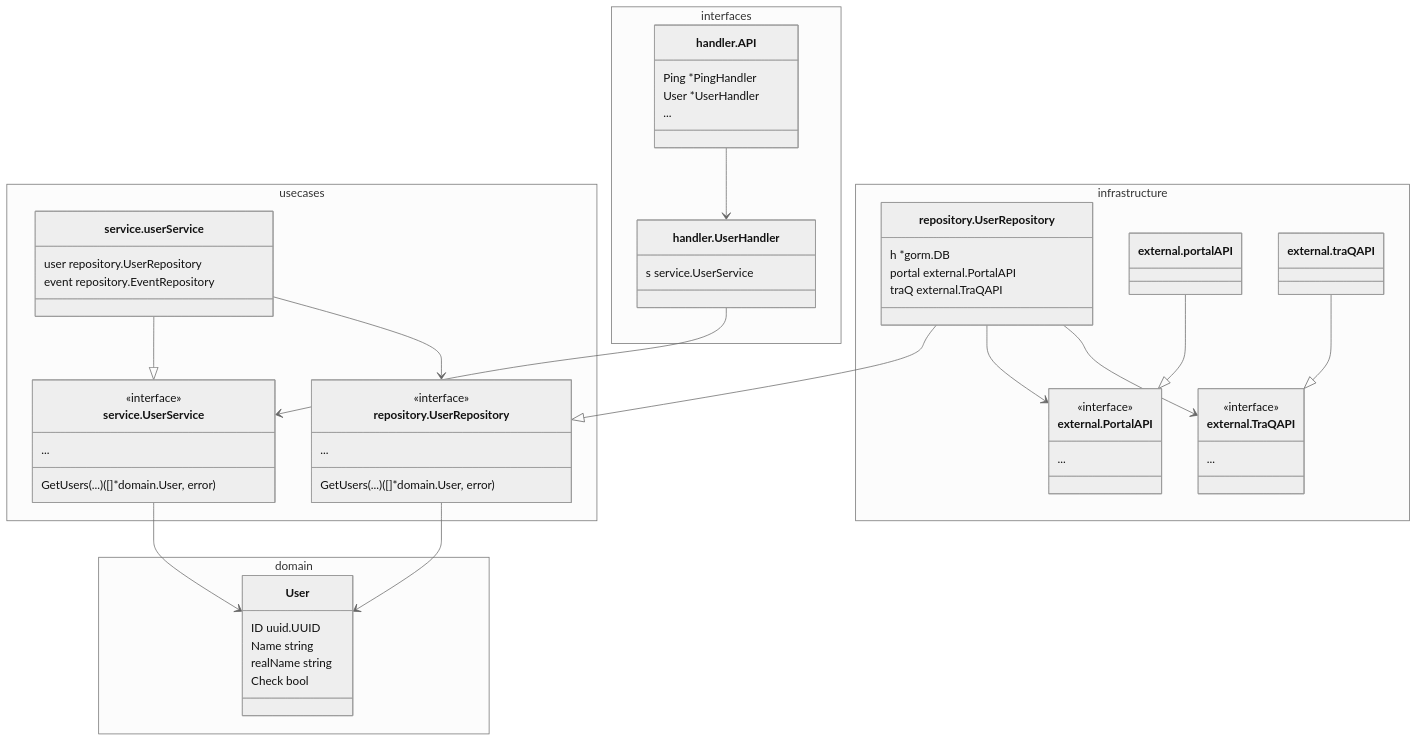
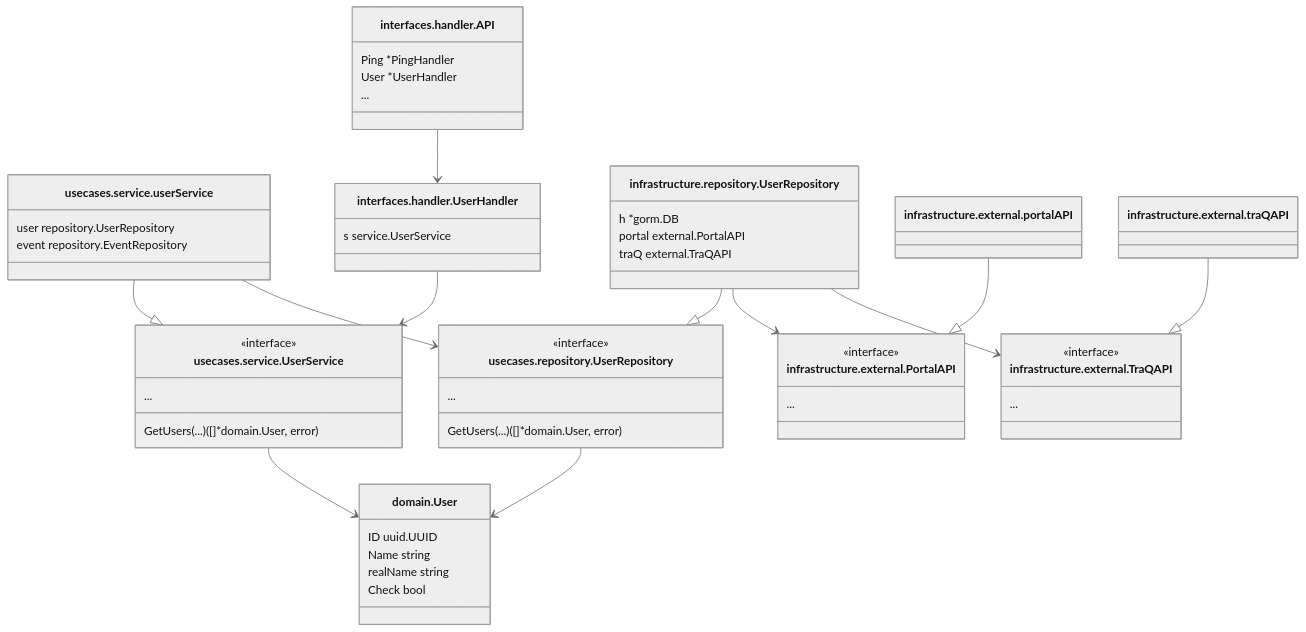
One commit to traPtitech/traPortfolio changed the diagram in docs/architecture.md. Above: the diagram before and after it, drawn with Mermaid (neutral theme).

Commit message:
:fire: Unuse `namespace` in mermaid

````diff
--- a/docs/architecture.md
+++ b/docs/architecture.md
@@ -50,71 +50,66 @@
 ```mermaid
 classDiagram
-    namespace domain {
-        class User {
-            ID       uuid.UUID
-            Name     string
-            realName string
-            Check    bool
-        }
+    class User["domain.User"] {
+        ID       uuid.UUID
+        Name     string
+        realName string
+        Check    bool
     }
 
-    namespace usecases {
-        class IUS["service.UserService"] {
-            <<interface>>
-            GetUsers(...) ([]*domain.User, error)
-            ...
-        }
-        class US["service.userService"] {
-            user repository.UserRepository
-            event repository.EventRepository
-        }
+    class IUS["usecases.service.UserService"] {
+        <<interface>>
+        GetUsers(...) ([]*domain.User, error)
+        ...
+    }
+    class US["usecases.service.userService"] {
+        user repository.UserRepository
+        event repository.EventRepository
+    }
 
-        class IUR["repository.UserRepository"] {
-            <<interface>>
-            GetUsers(...) ([]*domain.User, error)
-            ...
-        }
+    class IUR["usecases.repository.UserRepository"] {
+        <<interface>>
+        GetUsers(...) ([]*domain.User, error)
+        ...
     }
+
     IUS --> User
     IUR --> User
     US --|> IUS
     US --> IUR
 
-    namespace interfaces {
-        class API["handler.API"] {
-            Ping *PingHandler
-            User *UserHandler
-            ...
-        }
-        class UH["handler.UserHandler"] {
-            s service.UserService
-        }
+    class API["interfaces.handler.API"] {
+        Ping *PingHandler
+        User *UserHandler
+        ...
     }
+    class UH["interfaces.handler.UserHandler"] {
+        s service.UserService
+    }
+
     API --> UH
     UH --> IUS
 
-    namespace infrastructure {
-        class UR["repository.UserRepository"] {
-            h      *gorm.DB
-            portal external.PortalAPI
-            traQ   external.TraQAPI
-        }
+    class UR["infrastructure.repository.UserRepository"] {
+        h      *gorm.DB
+        portal external.PortalAPI
+        traQ   external.TraQAPI
+    }
 
-        class IPortalAPI["external.PortalAPI"] {
-            <<interface>>
-            ...
-        }
-        class PortalAPI["external.portalAPI"]
+    class IPortalAPI["infrastructure.external.PortalAPI"] {
+        <<interface>>
+        ...
+    }
+    class PortalAPI["infrastructure.external.portalAPI"]
 
-        class ITraQAPI["external.TraQAPI"] {
-            <<interface>>
-            ...
-        }
-        class TraQAPI["external.traQAPI"]
+    class ITraQAPI["infrastructure.external.TraQAPI"] {
+        <<interface>>
+        ...
     }
+    class TraQAPI["infrastructure.external.traQAPI"]
+
     UR --|> IUR
     PortalAPI --|> IPortalAPI
     TraQAPI --|> ITraQAPI
     UR --> IPortalAPI
     UR --> ITraQAPI
 ```
````
